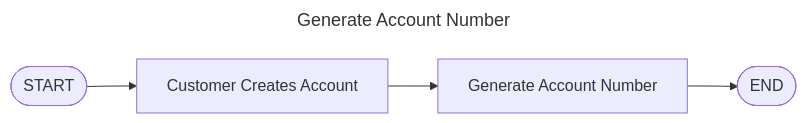
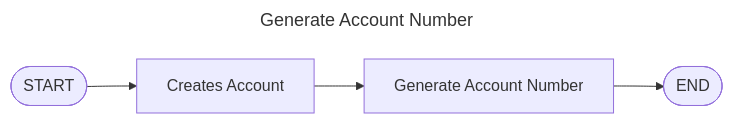
Before and after one commit to Jherson-Aguto/BankingSystem: the second of 2 diagrams in docs/Flowchart/accounts.md, drawn with Mermaid. The commit also changed other lines of this file and 2 other files, not shown here.

Commit message:
updated flowchart

````diff
--- a/docs/Flowchart/accounts.md
+++ b/docs/Flowchart/accounts.md
@@ -17,9 +13,9 @@
 ```mermaid
 ---
 title: Generate Account Number
 ---
 flowchart LR
-    A([START]) --> B[Customer Creates Account]
+    A([START]) --> B[Creates Account]
     B --> C[Generate Account Number]
     C --> D([END])
 ```
````
